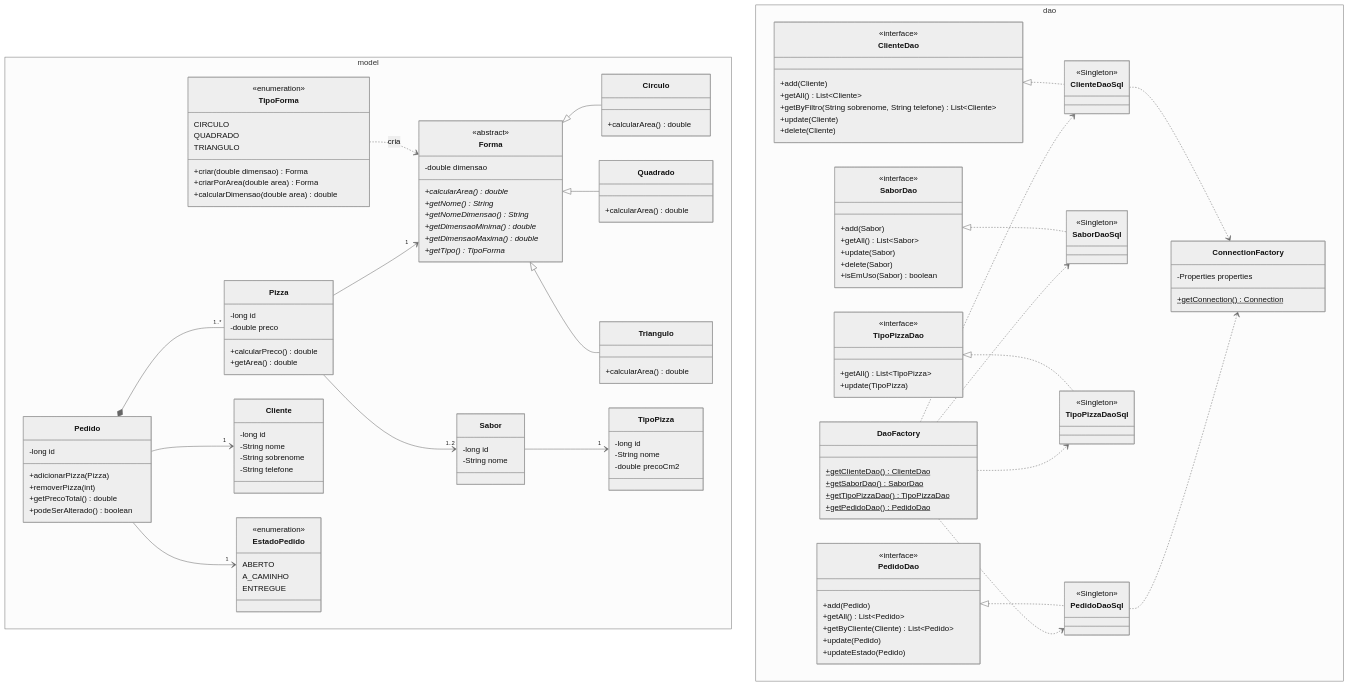
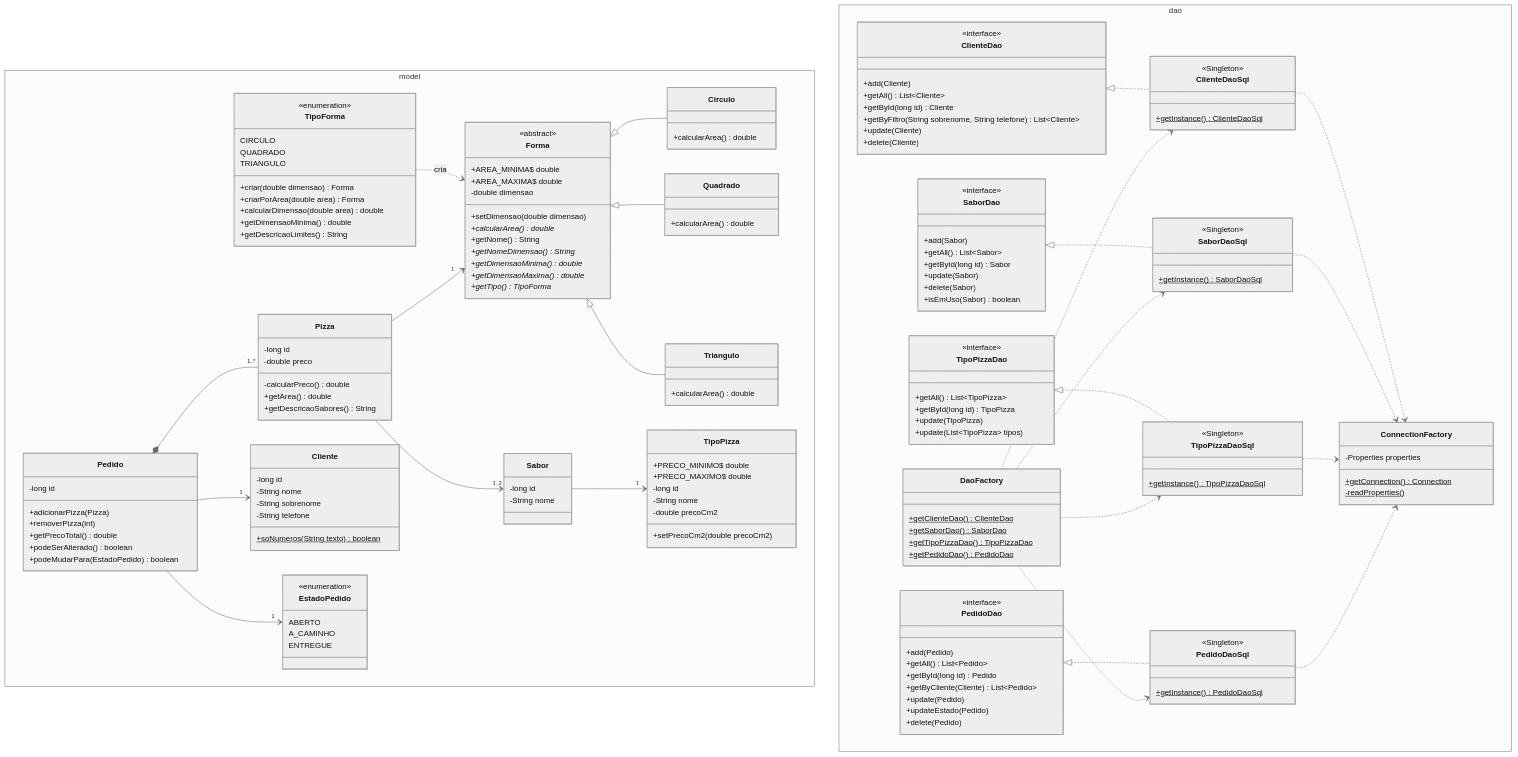
The diagram in docs/diagrama-model-dao.mmd (Git-Mello/Pizzaria2.0), drawn with Mermaid (neutral theme) before and after one commit. The commit also changed other lines of this file and 3 other files, not shown here.

First line of the commit message:
Atualiza diagramas (fontes Mermaid), README e CLAUDE.md

```diff
--- a/docs/diagrama-model-dao.mmd
+++ b/docs/diagrama-model-dao.mmd
@@ -1,143 +1,167 @@
 classDiagram
     direction TB
 
     namespace model {
         class Forma {
             <<abstract>>
+            +AREA_MINIMA$ double
+            +AREA_MAXIMA$ double
             -double dimensao
+            +setDimensao(double dimensao)
             +calcularArea()* double
-            +getNome()* String
+            +getNome() String
             +getNomeDimensao()* String
             +getDimensaoMinima()* double
             +getDimensaoMaxima()* double
             +getTipo()* TipoForma
         }
         class Circulo {
             +calcularArea() double
         }
         class Quadrado {
             +calcularArea() double
         }
         class Triangulo {
             +calcularArea() double
         }
         class TipoForma {
             <<enumeration>>
             CIRCULO
             QUADRADO
             TRIANGULO
             +criar(double dimensao) Forma
             +criarPorArea(double area) Forma
             +calcularDimensao(double area) double
+            +getDimensaoMinima() double
+            +getDescricaoLimites() String
         }
         class Pizza {
             -long id
             -double preco
-            +calcularPreco() double
+            -calcularPreco() double
             +getArea() double
+            +getDescricaoSabores() String
         }
         class Sabor {
             -long id
             -String nome
         }
         class TipoPizza {
+            +PRECO_MINIMO$ double
+            +PRECO_MAXIMO$ double
             -long id
             -String nome
             -double precoCm2
+            +setPrecoCm2(double precoCm2)
         }
         class Pedido {
             -long id
             +adicionarPizza(Pizza)
             +removerPizza(int)
             +getPrecoTotal() double
             +podeSerAlterado() boolean
+            +podeMudarPara(EstadoPedido) boolean
         }
         class EstadoPedido {
             <<enumeration>>
             ABERTO
             A_CAMINHO
             ENTREGUE
         }
         class Cliente {
             -long id
             -String nome
             -String sobrenome
             -String telefone
+            +soNumeros(String texto)$ boolean
         }
     }
 
     namespace dao {
         class ConnectionFactory {
             -Properties properties
             +getConnection()$ Connection
+            -readProperties()$
         }
         class DaoFactory {
             +getClienteDao()$ ClienteDao
             +getSaborDao()$ SaborDao
             +getTipoPizzaDao()$ TipoPizzaDao
             +getPedidoDao()$ PedidoDao
         }
         class ClienteDao {
             <<interface>>
             +add(Cliente)
             +getAll() List~Cliente~
+            +getById(long id) Cliente
             +getByFiltro(String sobrenome, String telefone) List~Cliente~
             +update(Cliente)
             +delete(Cliente)
         }
         class SaborDao {
             <<interface>>
             +add(Sabor)
             +getAll() List~Sabor~
+            +getById(long id) Sabor
             +update(Sabor)
             +delete(Sabor)
             +isEmUso(Sabor) boolean
         }
         class TipoPizzaDao {
             <<interface>>
             +getAll() List~TipoPizza~
+            +getById(long id) TipoPizza
             +update(TipoPizza)
+            +update(List~TipoPizza~ tipos)
         }
         class PedidoDao {
             <<interface>>
             +add(Pedido)
             +getAll() List~Pedido~
+            +getById(long id) Pedido
             +getByCliente(Cliente) List~Pedido~
             +update(Pedido)
             +updateEstado(Pedido)
+            +delete(Pedido)
         }
         class ClienteDaoSql {
             <<Singleton>>
+            +getInstance()$ ClienteDaoSql
         }
         class SaborDaoSql {
             <<Singleton>>
+            +getInstance()$ SaborDaoSql
         }
         class TipoPizzaDaoSql {
             <<Singleton>>
+            +getInstance()$ TipoPizzaDaoSql
         }
         class PedidoDaoSql {
             <<Singleton>>
+            +getInstance()$ PedidoDaoSql
         }
     }
 
     Forma <|-- Circulo
     Forma <|-- Quadrado
     Forma <|-- Triangulo
     TipoForma ..> Forma : cria
     Pizza --> "1" Forma
     Pizza --> "1..2" Sabor
     Sabor --> "1" TipoPizza
     Pedido --> "1" Cliente
     Pedido *-- "1..*" Pizza
     Pedido --> "1" EstadoPedido
 
     ClienteDao <|.. ClienteDaoSql
     SaborDao <|.. SaborDaoSql
     TipoPizzaDao <|.. TipoPizzaDaoSql
     PedidoDao <|.. PedidoDaoSql
     DaoFactory ..> ClienteDaoSql
     DaoFactory ..> SaborDaoSql
     DaoFactory ..> TipoPizzaDaoSql
     DaoFactory ..> PedidoDaoSql
     ClienteDaoSql ..> ConnectionFactory
+    SaborDaoSql ..> ConnectionFactory
+    TipoPizzaDaoSql ..> ConnectionFactory
     PedidoDaoSql ..> ConnectionFactory
```
